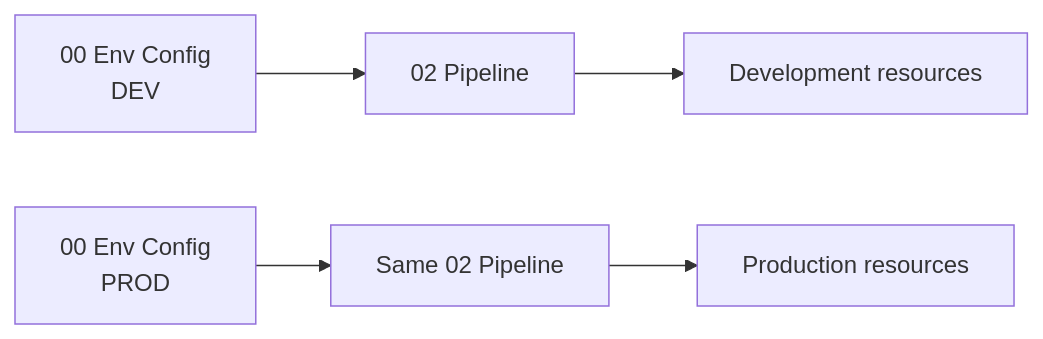
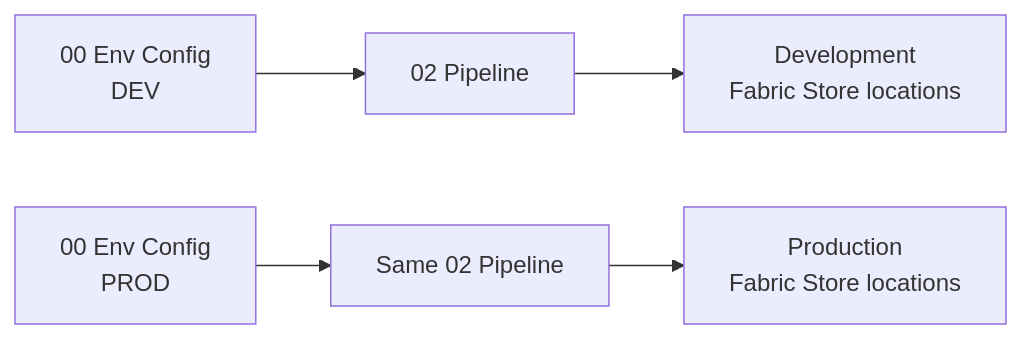
One commit to Voycepeh/FabricOps-Starter-Kit changed the third of 3 diagrams in docs/solutions/plug-and-play-data-pipelines.md. Above: the diagram before and after it, drawn with Mermaid. The commit also changed other lines of this file, not shown here.

Commit message:
docs: align pipeline recipes and Fabric Store resolution

````diff
--- a/docs/solutions/plug-and-play-data-pipelines.md
+++ b/docs/solutions/plug-and-play-data-pipelines.md
@@ -160,7 +133,7 @@
 ```mermaid
 flowchart LR
     DEVENV["00 Env Config<br/>DEV"] --> PIPE["02 Pipeline"]
-    PIPE --> DEV["Development resources"]
+    PIPE --> DEV["Development<br/>Fabric Store locations"]
     PRODENV["00 Env Config<br/>PROD"] --> SAME["Same 02 Pipeline"]
-    SAME --> PROD["Production resources"]
+    SAME --> PROD["Production<br/>Fabric Store locations"]
 ```
````
